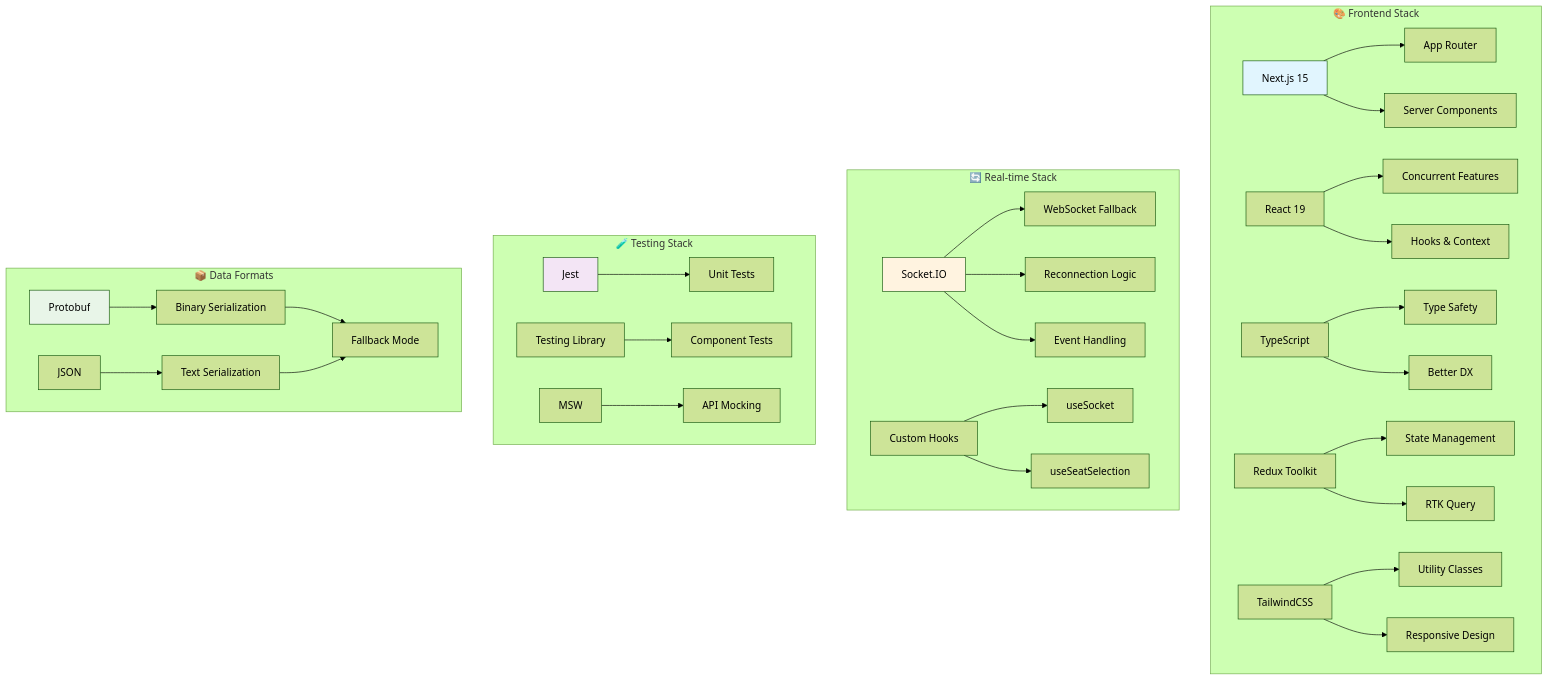
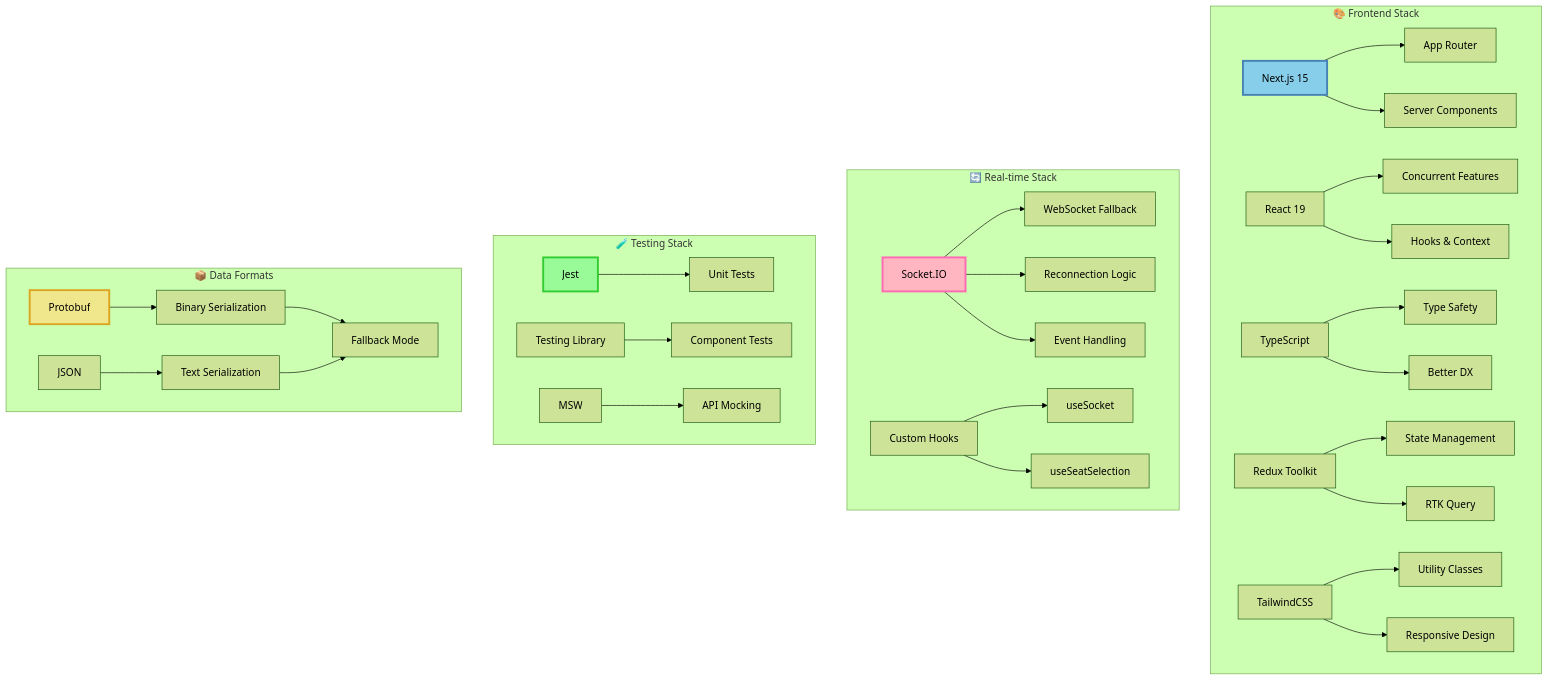
Before and after one commit to huyguain/websocket: the fifth of 6 diagrams in PROJECT_ARCHITECTURE_DIAGRAM.md, drawn with Mermaid (forest theme). The commit also changed other lines of this file, not shown here.

Commit message:
Update project architecture diagram styles for improved visual clarity and consistency

````diff
--- a/PROJECT_ARCHITECTURE_DIAGRAM.md
+++ b/PROJECT_ARCHITECTURE_DIAGRAM.md
@@ -212,46 +212,46 @@
 ```mermaid
 graph TB
     subgraph "🎨 Frontend Stack"
         A[Next.js 15] --> B[App Router]
         A --> C[Server Components]
         
         D[React 19] --> E[Concurrent Features]
         D --> F[Hooks & Context]
         
         G[TypeScript] --> H[Type Safety]
         G --> I[Better DX]
         
         J[Redux Toolkit] --> K[State Management]
         J --> L[RTK Query]
         
         M[TailwindCSS] --> N[Utility Classes]
         M --> O[Responsive Design]
     end
     
     subgraph "🔄 Real-time Stack"
         P[Socket.IO] --> Q[WebSocket Fallback]
         P --> R[Reconnection Logic]
         P --> S[Event Handling]
         
         T[Custom Hooks] --> U[useSocket]
         T --> V[useSeatSelection]
     end
     
     subgraph "🧪 Testing Stack"
         W[Jest] --> X[Unit Tests]
         Y[Testing Library] --> Z[Component Tests]
         AA[MSW] --> BB[API Mocking]
     end
     
     subgraph "📦 Data Formats"
         CC[Protobuf] --> DD[Binary Serialization]
         EE[JSON] --> FF[Text Serialization]
         DD --> GG[Fallback Mode]
         FF --> GG
     end
     
-    style A fill:#e1f5fe
-    style P fill:#fff3e0
-    style W fill:#f3e5f5
-    style CC fill:#e8f5e8
+    style A fill:#87CEEB,stroke:#4682B4,stroke-width:3px,color:#000
+    style P fill:#FFB6C1,stroke:#FF69B4,stroke-width:3px,color:#000
+    style W fill:#98FB98,stroke:#32CD32,stroke-width:3px,color:#000
+    style CC fill:#F0E68C,stroke:#DAA520,stroke-width:3px,color:#000
 ```
````
